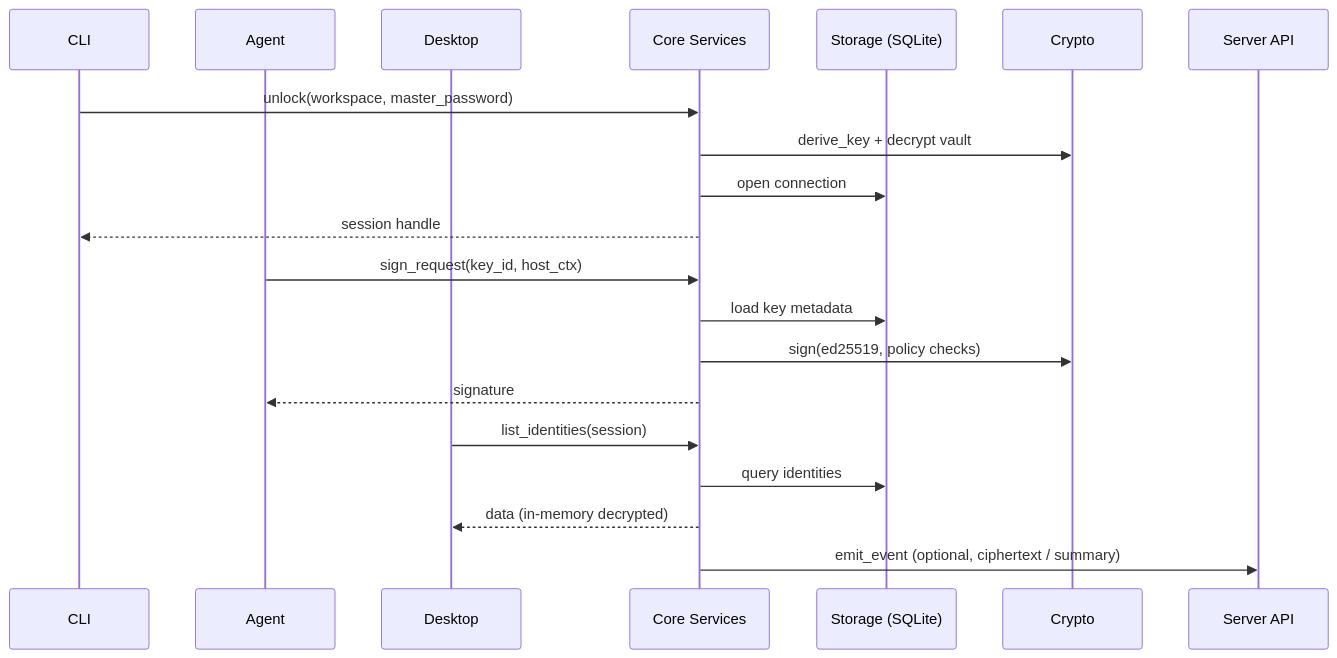
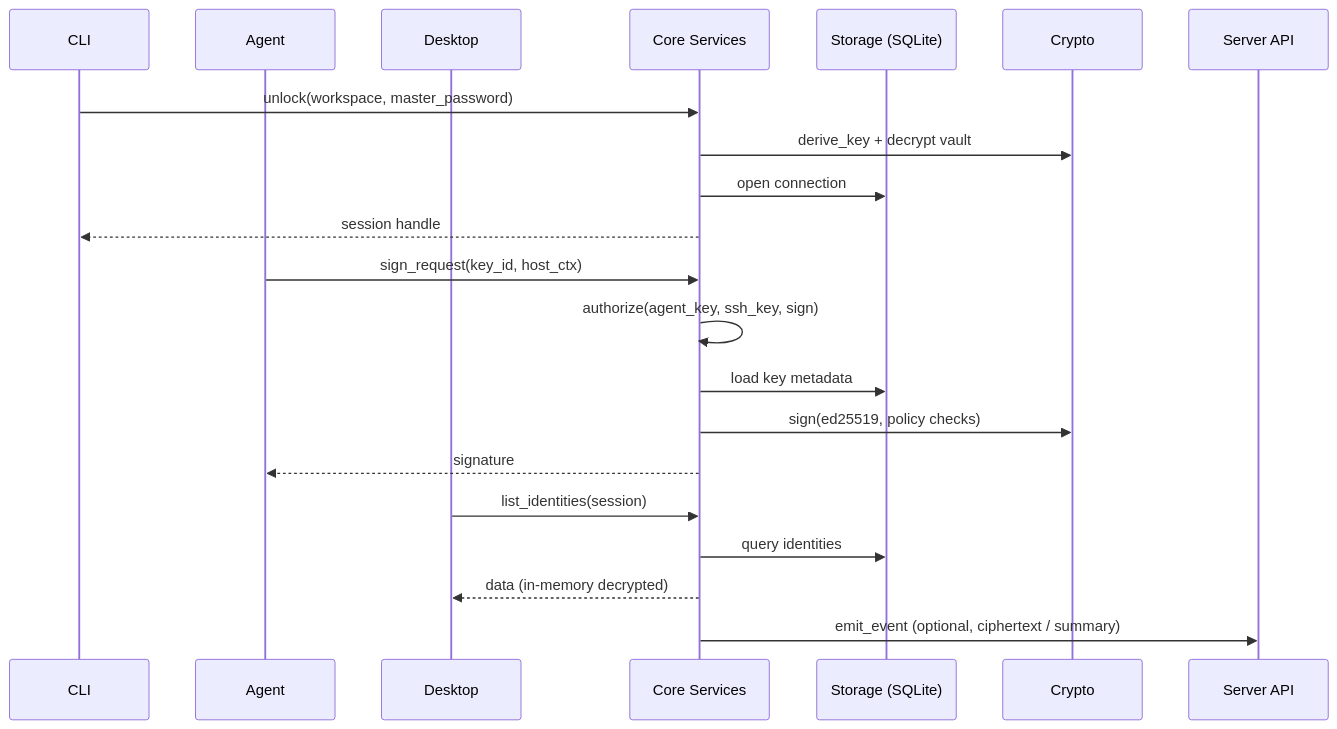
The diagram in docs/src/design/architecture.md (cuihairu/persona), drawn with Mermaid before and after one commit. The commit also changed other lines of this file and 2 other files, not shown here.

Commit message:
docs: align architecture pages with authz and connect contract

````diff
--- a/docs/src/design/architecture.md
+++ b/docs/src/design/architecture.md
@@ -21,26 +22,27 @@
 ```mermaid
 sequenceDiagram
     participant CLI
     participant Agent
     participant Desktop
     participant Core as Core Services
     participant Storage as Storage (SQLite)
     participant Crypto as Crypto
     participant Server as Server API
 
     CLI->>Core: unlock(workspace, master_password)
     Core->>Crypto: derive_key + decrypt vault
     Core->>Storage: open connection
     Core-->>CLI: session handle
 
     Agent->>Core: sign_request(key_id, host_ctx)
+    Core->>Core: authorize(agent_key, ssh_key, sign)
     Core->>Storage: load key metadata
     Core->>Crypto: sign(ed25519, policy checks)
     Core-->>Agent: signature
 
     Desktop->>Core: list_identities(session)
     Core->>Storage: query identities
     Core-->>Desktop: data (in-memory decrypted)
 
     Core->>Server: emit_event (optional, ciphertext / summary)
 ```
````
